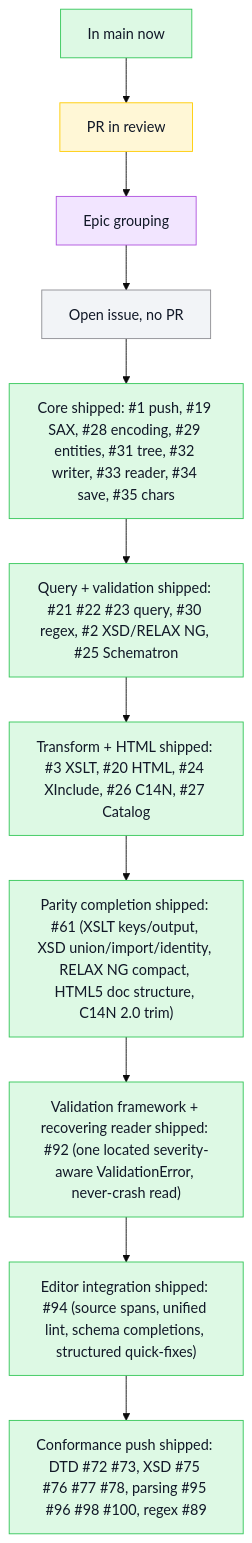
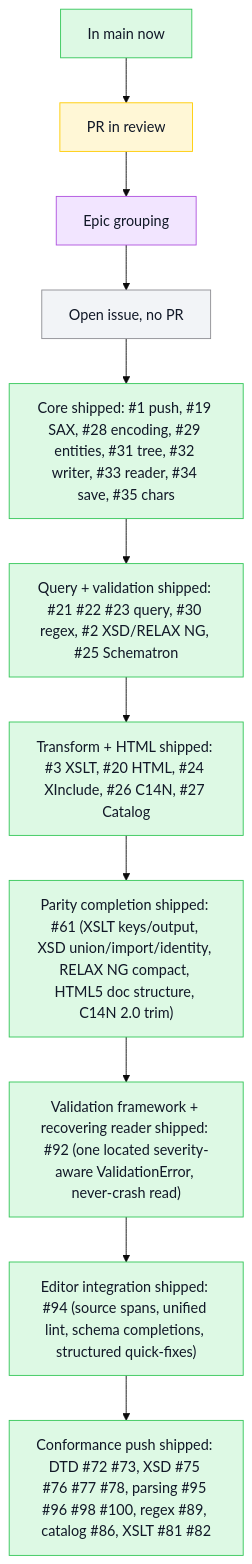
The first of 2 diagrams in README.md (mihaelamj/PureXML), drawn with Mermaid (base theme) before and after one commit.

Commit message:
docs: bring the shipped-overview roadmap node current with catalog #86 and XSLT #81 #82

````diff
--- a/README.md
+++ b/README.md
@@ -30,28 +30,28 @@
 ```mermaid
 flowchart TB
   classDef done fill:#ddf9e4,stroke:#34c759,color:#111827
   classDef review fill:#fff7d6,stroke:#ffcc00,color:#111827
   classDef epic fill:#f2e5ff,stroke:#af52de,color:#111827
   classDef todo fill:#f2f4f7,stroke:#8e8e93,color:#111827
   LDone["In main now"]:::done
   LReview["PR in review"]:::review
   LEpic["Epic grouping"]:::epic
   LTodo["Open issue, no PR"]:::todo
   Core["Core shipped: #1 push, #19 SAX, #28 encoding, #29 entities, #31 tree, #32 writer, #33 reader, #34 save, #35 chars"]:::done
   Query["Query + validation shipped: #21 #22 #23 query, #30 regex, #2 XSD/RELAX NG, #25 Schematron"]:::done
   Transform["Transform + HTML shipped: #3 XSLT, #20 HTML, #24 XInclude, #26 C14N, #27 Catalog"]:::done
   Parity["Parity completion shipped: #61 (XSLT keys/output, XSD union/import/identity, RELAX NG compact, HTML5 doc structure, C14N 2.0 trim)"]:::done
   Validator["Validation framework + recovering reader shipped: #92 (one located severity-aware ValidationError, never-crash read)"]:::done
   Editor["Editor integration shipped: #94 (source spans, unified lint, schema completions, structured quick-fixes)"]:::done
-  Conformance["Conformance push shipped: DTD #72 #73, XSD #75 #76 #77 #78, parsing #95 #96 #98 #100, regex #89"]:::done
+  Conformance["Conformance push shipped: DTD #72 #73, XSD #75 #76 #77 #78, parsing #95 #96 #98 #100, regex #89, catalog #86, XSLT #81 #82"]:::done
   LDone --> LReview
   LReview --> LEpic
   LEpic --> LTodo
   LTodo --> Core
   Core --> Query
   Query --> Transform
   Transform --> Parity
   Parity --> Validator
   Validator --> Editor
   Editor --> Conformance
 ```
````
